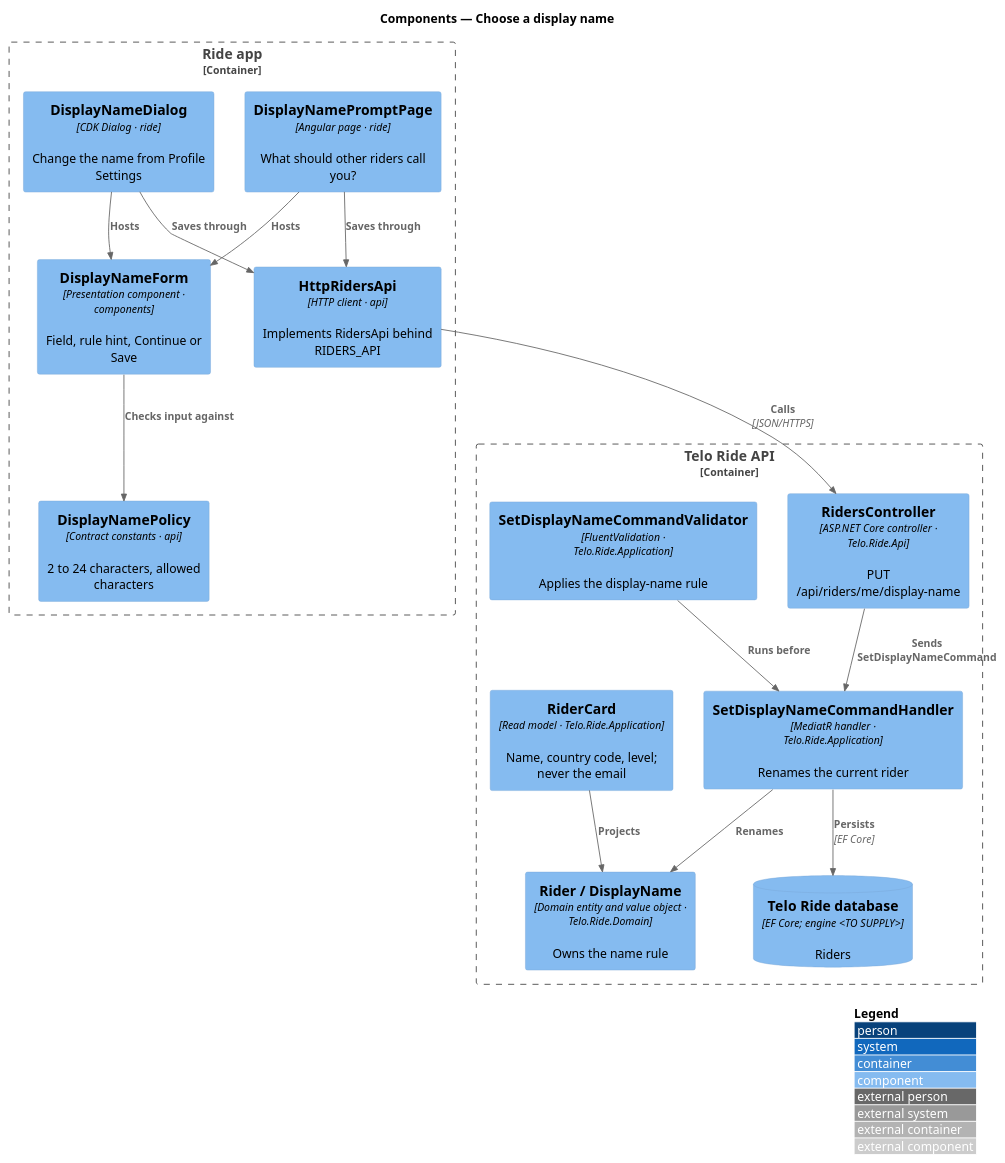
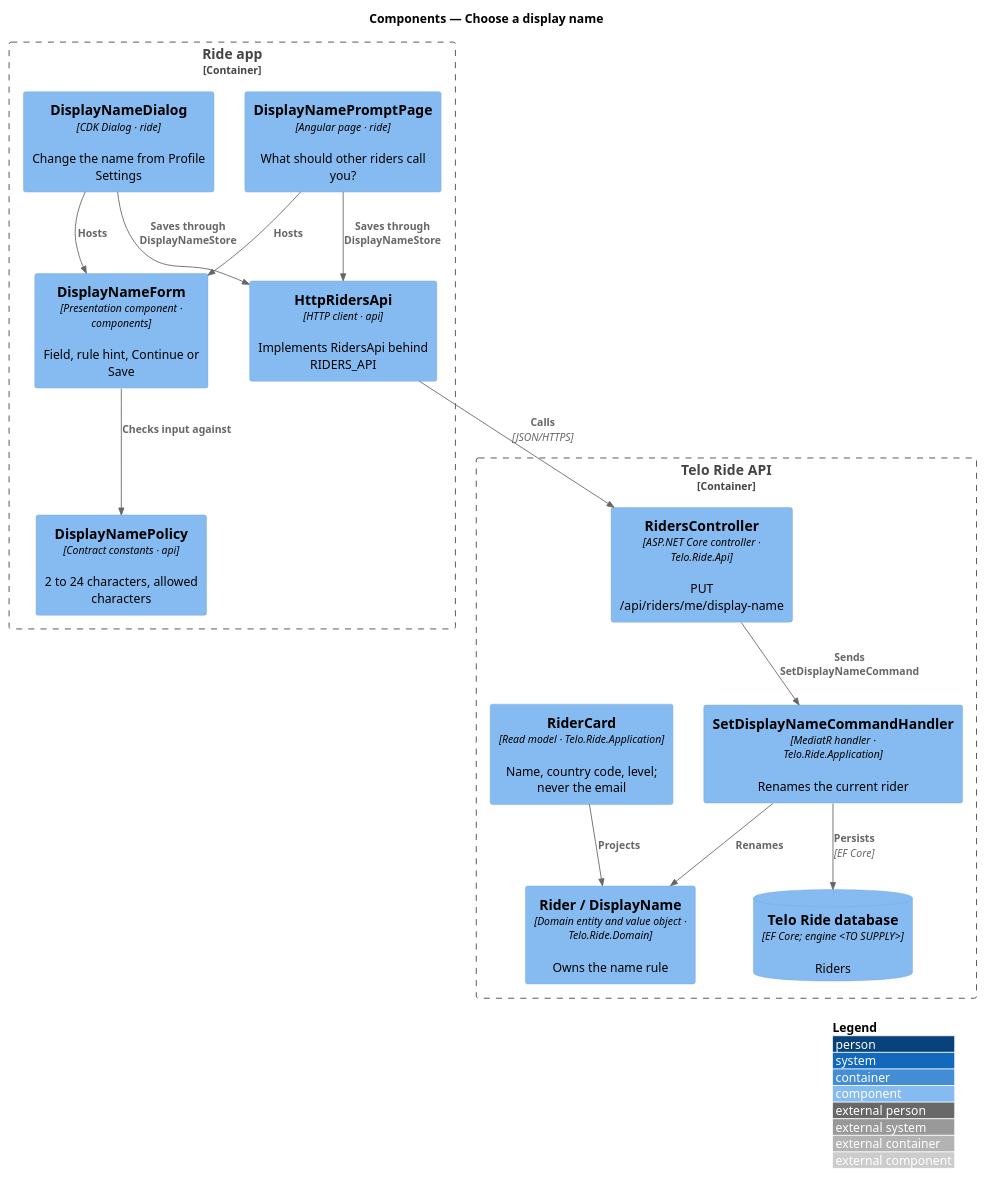
One commit to QuinntyneBrown/ride-one changed the diagram in docs/detailed-designs/accounts/choose-a-display-name/diagrams/c4-component.puml. Above: the diagram before and after it, drawn with PlantUML. The commit also changed 23 other files, not shown here.

First line of the commit message:
Mock the display name prompt and dialog, and align its design

```diff
--- a/docs/detailed-designs/accounts/choose-a-display-name/diagrams/c4-component.puml
+++ b/docs/detailed-designs/accounts/choose-a-display-name/diagrams/c4-component.puml
@@ -1,31 +1,29 @@
 @startuml
 !include <C4/C4_Component>
 LAYOUT_WITH_LEGEND()
 title Components — Choose a display name
 Container_Boundary(app, "Ride app") {
   Component(prompt, "DisplayNamePromptPage", "Angular page · ride", "What should other riders call you?")
   Component(dialog, "DisplayNameDialog", "CDK Dialog · ride", "Change the name from Profile Settings")
   Component(form, "DisplayNameForm", "Presentation component · components", "Field, rule hint, Continue or Save")
   Component(rule, "DisplayNamePolicy", "Contract constants · api", "2 to 24 characters, allowed characters")
   Component(client, "HttpRidersApi", "HTTP client · api", "Implements RidersApi behind RIDERS_API")
 }
 Container_Boundary(api, "Telo Ride API") {
   Component(ctrl, "RidersController", "ASP.NET Core controller · Telo.Ride.Api", "PUT /api/riders/me/display-name")
-  Component(validator, "SetDisplayNameCommandValidator", "FluentValidation · Telo.Ride.Application", "Applies the display-name rule")
   Component(handler, "SetDisplayNameCommandHandler", "MediatR handler · Telo.Ride.Application", "Renames the current rider")
   Component(rider, "Rider / DisplayName", "Domain entity and value object · Telo.Ride.Domain", "Owns the name rule")
   Component(card, "RiderCard", "Read model · Telo.Ride.Application", "Name, country code, level; never the email")
   ComponentDb(db, "Telo Ride database", "EF Core; engine <TO SUPPLY>", "Riders")
 }
 Rel(prompt, form, "Hosts")
 Rel(dialog, form, "Hosts")
 Rel(form, rule, "Checks input against")
-Rel(prompt, client, "Saves through")
-Rel(dialog, client, "Saves through")
+Rel(prompt, client, "Saves through DisplayNameStore")
+Rel(dialog, client, "Saves through DisplayNameStore")
 Rel(client, ctrl, "Calls", "JSON/HTTPS")
 Rel(ctrl, handler, "Sends SetDisplayNameCommand")
-Rel(validator, handler, "Runs before")
 Rel(handler, rider, "Renames")
 Rel(handler, db, "Persists", "EF Core")
 Rel(card, rider, "Projects")
 @enduml
```
